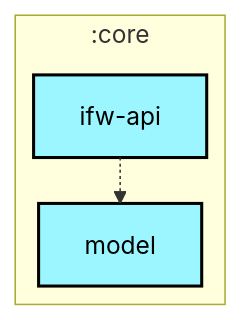
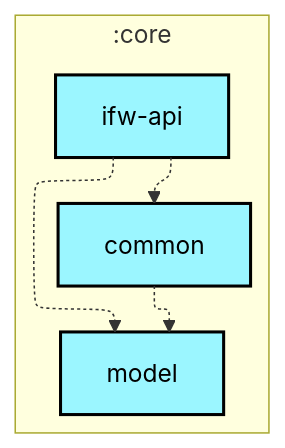
One commit to lihenggui/blocker changed the first of 2 diagrams in core/ifw-api/README.md. Above: the diagram before and after it, drawn with Mermaid. The commit also changed 29 other files, not shown here.

Commit message:
🤖 Updates graphs

````diff
--- a/core/ifw-api/README.md
+++ b/core/ifw-api/README.md
@@ -6,23 +6,26 @@
 ```mermaid
 ---
 config:
   layout: elk
   elk:
     nodePlacementStrategy: SIMPLE
 ---
 graph TB
   subgraph :core
     direction TB
+    :core:common[common]:::android-library
     :core:ifw-api[ifw-api]:::android-library
     :core:model[model]:::android-library
   end
 
+  :core:common -.-> :core:model
+  :core:ifw-api -.-> :core:common
   :core:ifw-api -.-> :core:model
 
 classDef android-application fill:#CAFFBF,stroke:#000,stroke-width:2px,color:#000;
 classDef android-feature fill:#FFD6A5,stroke:#000,stroke-width:2px,color:#000;
 classDef android-library fill:#9BF6FF,stroke:#000,stroke-width:2px,color:#000;
 classDef android-test fill:#A0C4FF,stroke:#000,stroke-width:2px,color:#000;
 classDef jvm-library fill:#BDB2FF,stroke:#000,stroke-width:2px,color:#000;
 classDef unknown fill:#FFADAD,stroke:#000,stroke-width:2px,color:#000;
 ```
````
